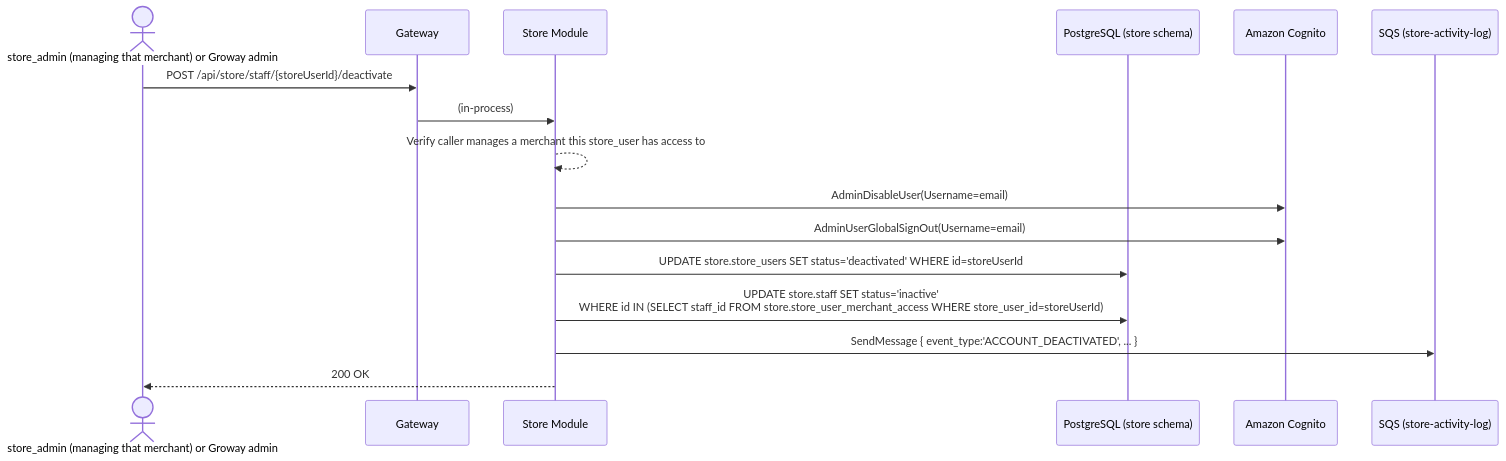
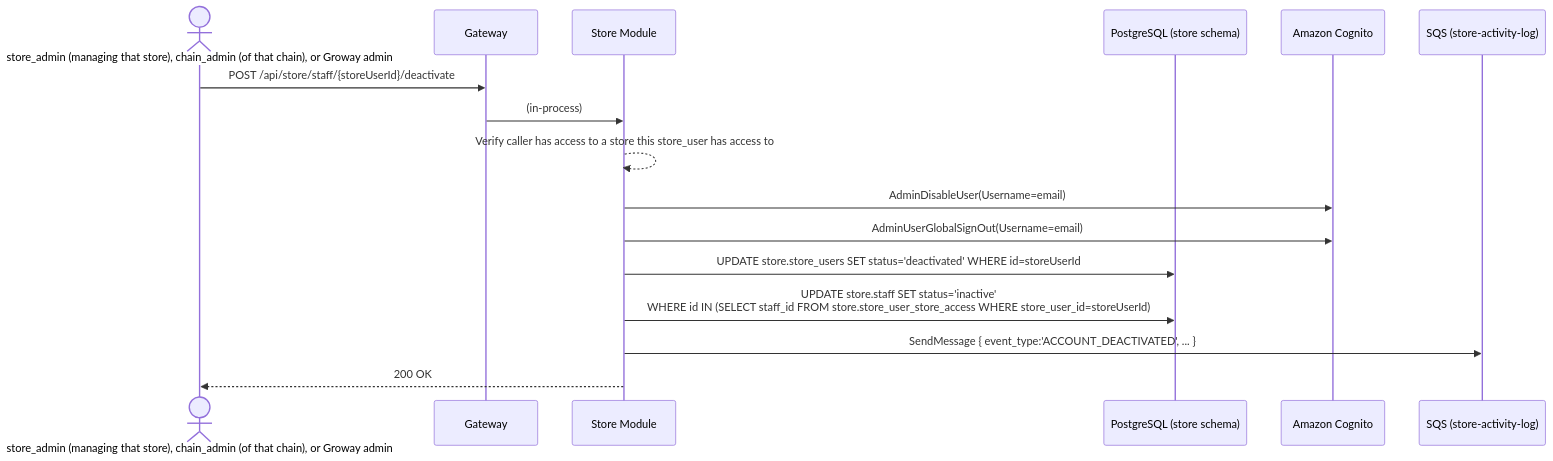
Before and after one commit to szhanggit/appointmentsystemdesign: the second of 2 diagrams in usercasestudy/growayshop-staff-invite-workflow.md, drawn with Mermaid. The commit also changed other lines of this file and 6 other files, not shown here.

Commit message:
merchant -> chain

````diff
--- a/usercasestudy/growayshop-staff-invite-workflow.md
+++ b/usercasestudy/growayshop-staff-invite-workflow.md
@@ -95,19 +98,19 @@
 ```mermaid
 sequenceDiagram
-    actor A as store_admin (managing that merchant) or Groway admin
+    actor A as store_admin (managing that store), chain_admin (of that chain), or Groway admin
     participant GW as Gateway
     participant SM as Store Module
     participant DB as PostgreSQL (store schema)
     participant SCOG as Amazon Cognito
     participant SQSQ as SQS (store-activity-log)
 
     A->>GW: POST /api/store/staff/{storeUserId}/deactivate
     GW->>SM: (in-process)
-    SM-->>SM: Verify caller manages a merchant this store_user has access to
+    SM-->>SM: Verify caller has access to a store this store_user has access to
     SM->>SCOG: AdminDisableUser(Username=email)
     SM->>SCOG: AdminUserGlobalSignOut(Username=email)
     SM->>DB: UPDATE store.store_users SET status='deactivated' WHERE id=storeUserId
-    SM->>DB: UPDATE store.staff SET status='inactive'<br/>WHERE id IN (SELECT staff_id FROM store.store_user_merchant_access WHERE store_user_id=storeUserId)
+    SM->>DB: UPDATE store.staff SET status='inactive'<br/>WHERE id IN (SELECT staff_id FROM store.store_user_store_access WHERE store_user_id=storeUserId)
     SM->>SQSQ: SendMessage { event_type:'ACCOUNT_DEACTIVATED', ... }
     SM-->>A: 200 OK
 ```
````
